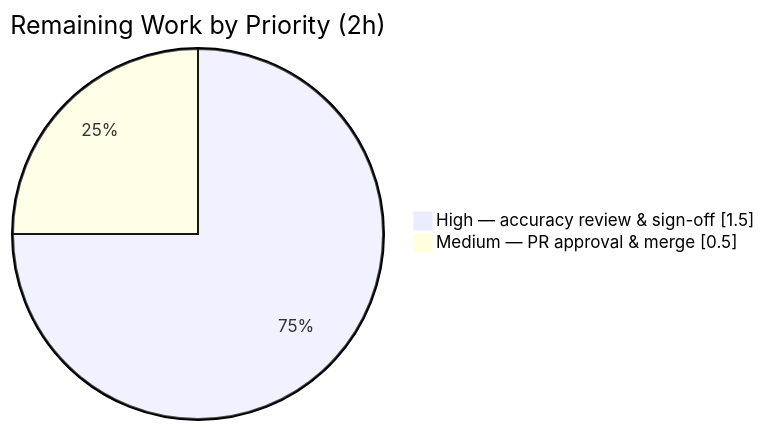
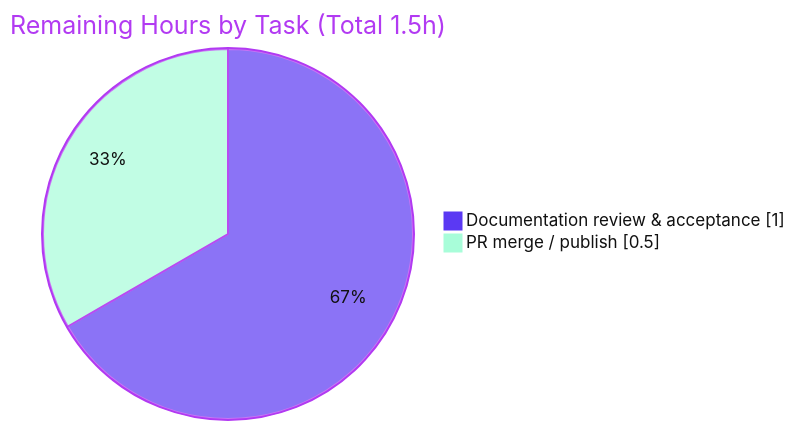
One commit to lakshya-blitzy/march_repo_hello_world changed the third of 3 diagrams in blitzy/documentation/Project Guide.md. Above: the diagram before and after it, drawn with Mermaid. The commit also changed other lines of this file, not shown here.

Commit message:
Adding Blitzy Project Guide: Project Status and Human Tasks Remaining

````diff
--- a/blitzy/documentation/Project Guide.md
+++ b/blitzy/documentation/Project Guide.md
@@ -198,5 +203,6 @@
 ```mermaid
-pie showData title Remaining Work by Priority (2h)
-    "High — accuracy review & sign-off" : 1.5
-    "Medium — PR approval & merge" : 0.5
+%%{init: {'theme':'base','themeVariables':{'pie1':'#5B39F3','pie2':'#A8FDD9','pieStrokeColor':'#B23AF2','pieStrokeWidth':'2px','pieOuterStrokeColor':'#B23AF2','pieTitleTextColor':'#B23AF2','pieSectionTextColor':'#111111','pieLegendTextColor':'#111111'}}}%%
+pie showData title Remaining Hours by Task (Total 1.5h)
+    "Documentation review & acceptance" : 1.0
+    "PR merge / publish" : 0.5
 ```
````
